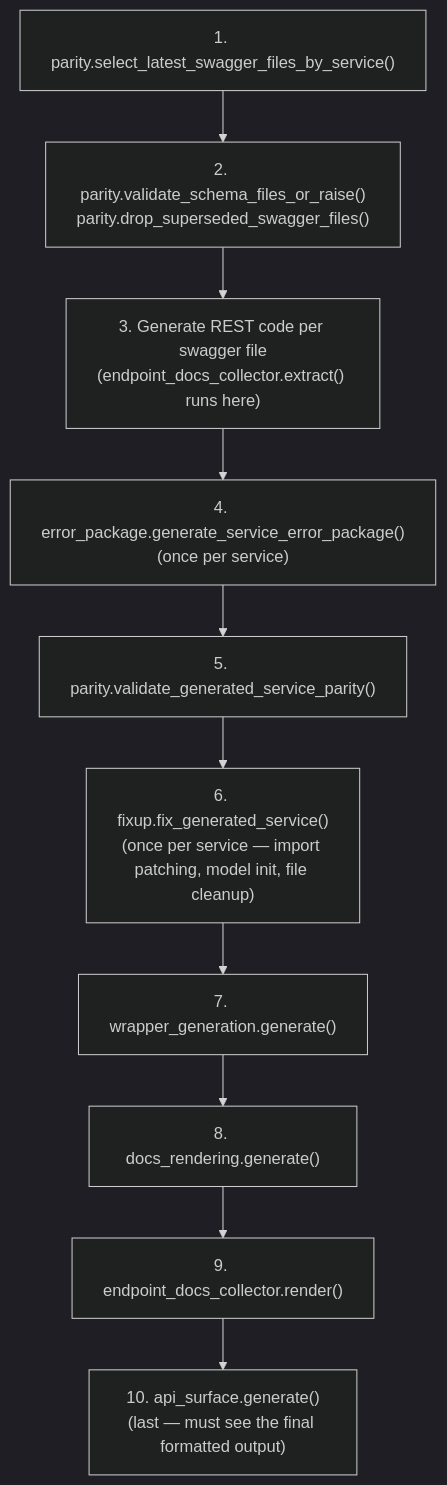
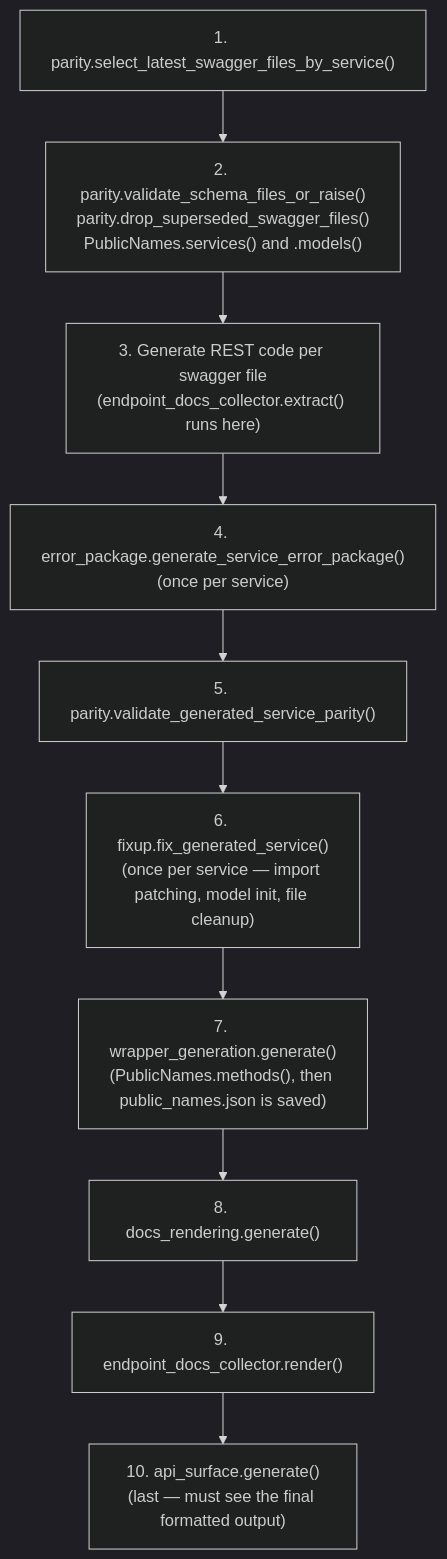
Before and after one commit to alexdearaujo/community_sdk_python: the diagram in scripts/generation/README.md, drawn with Mermaid (dark theme). The commit also changed other lines of this file and 233 other files, not shown here.

Commit message:
feat(generator): freeze every public Service, method, and model name in public_names.json (B11)

````diff
--- a/scripts/generation/README.md
+++ b/scripts/generation/README.md
@@ -31,13 +32,13 @@
 ```mermaid
 flowchart TD
-    A["1. parity.select_latest_swagger_files_by_service()"] --> A2["2. parity.validate_schema_files_or_raise()<br/>parity.drop_superseded_swagger_files()"]
+    A["1. parity.select_latest_swagger_files_by_service()"] --> A2["2. parity.validate_schema_files_or_raise()<br/>parity.drop_superseded_swagger_files()<br/>PublicNames.services() and .models()"]
     A2 --> B["3. Generate REST code per swagger file<br/>(endpoint_docs_collector.extract() runs here)"]
     B --> C["4. error_package.generate_service_error_package()<br/>(once per service)"]
     C --> D["5. parity.validate_generated_service_parity()"]
     D --> E["6. fixup.fix_generated_service()<br/>(once per service — import patching, model init, file cleanup)"]
-    E --> F["7. wrapper_generation.generate()"]
+    E --> F["7. wrapper_generation.generate()<br/>(PublicNames.methods(), then public_names.json is saved)"]
     F --> G["8. docs_rendering.generate()"]
     G --> H["9. endpoint_docs_collector.render()"]
     H --> I["10. api_surface.generate()<br/>(last — must see the final formatted output)"]
 
 ```
````
